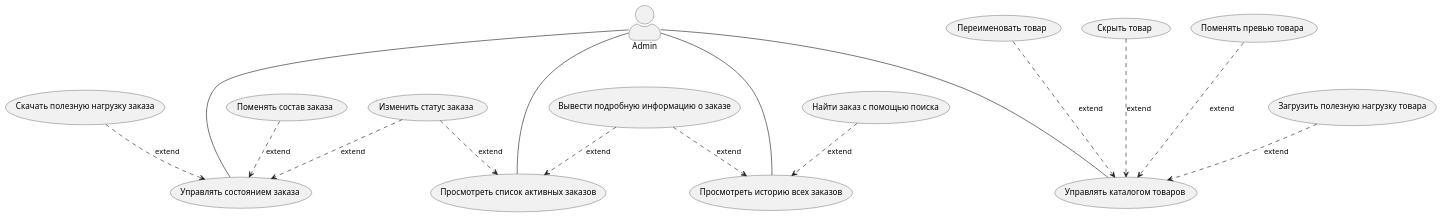
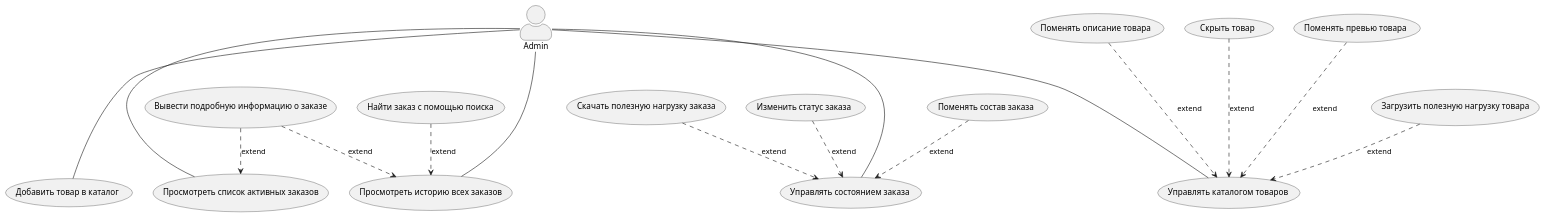
Before and after one commit to mosoveru/pet-shop: the diagram in artefacts/admin_use-case.puml, drawn with PlantUML. The commit also changed 2 other files, not shown here.

Commit message:
chore: update users, admin use-case diagrams and README

```diff
--- a/artefacts/admin_use-case.puml
+++ b/artefacts/admin_use-case.puml
@@ -1,38 +1,41 @@
 @startuml
 skinparam actorStyle awesome
 
 :Admin: as Admin
 
 (Просмотреть список активных заказов) as ShowActiveOrders
-(Управлять каталогом товаров) as ManageCatalog
-(Переименовать товар) as RenameItem
-(Скрыть товар) as HideItem
-(Поменять превью товара) as ChangeItemPreview
-(Загрузить полезную нагрузку товара) as UploadOrderPayload
 (Просмотреть историю всех заказов) as ShowFullOrdersHistory
-(Изменить статус заказа) as ChangeOrderStatus
 (Вывести подробную информацию о заказе) as AdditionalData
+
 (Найти заказ с помощью поиска) as FindOrder
 (Управлять состоянием заказа) as ManageOrderState
 (Поменять состав заказа) as ChangeOrderComposition
 (Скачать полезную нагрузку заказа) as DownloadOrderPayload
+(Изменить статус заказа) as ChangeOrderStatus
+
+(Поменять описание товара) as RenameItem
+(Скрыть товар) as HideItem
+(Поменять превью товара) as ChangeItemPreview
+(Загрузить полезную нагрузку товара) as UploadOrderPayload
+(Добавить товар в каталог) as AddItemIntoCatalogue
+(Управлять каталогом товаров) as ManageCatalog
 
 Admin --- ShowActiveOrders
 Admin --- ManageCatalog
 Admin --- ShowFullOrdersHistory
 Admin --- ManageOrderState
+Admin --- AddItemIntoCatalogue
 
 RenameItem ...> ManageCatalog : extend
 HideItem ...> ManageCatalog : extend
 ChangeItemPreview ...> ManageCatalog : extend
 UploadOrderPayload ..> ManageCatalog : extend
-ChangeOrderStatus ..> ShowActiveOrders : extend
 AdditionalData ..> ShowActiveOrders : extend
 AdditionalData ..> ShowFullOrdersHistory : extend
 FindOrder ..> ShowFullOrdersHistory : extend
 
 ChangeOrderComposition ..> ManageOrderState : extend
 ChangeOrderStatus ..> ManageOrderState : extend
 DownloadOrderPayload ..> ManageOrderState : extend
 
 @enduml
```
